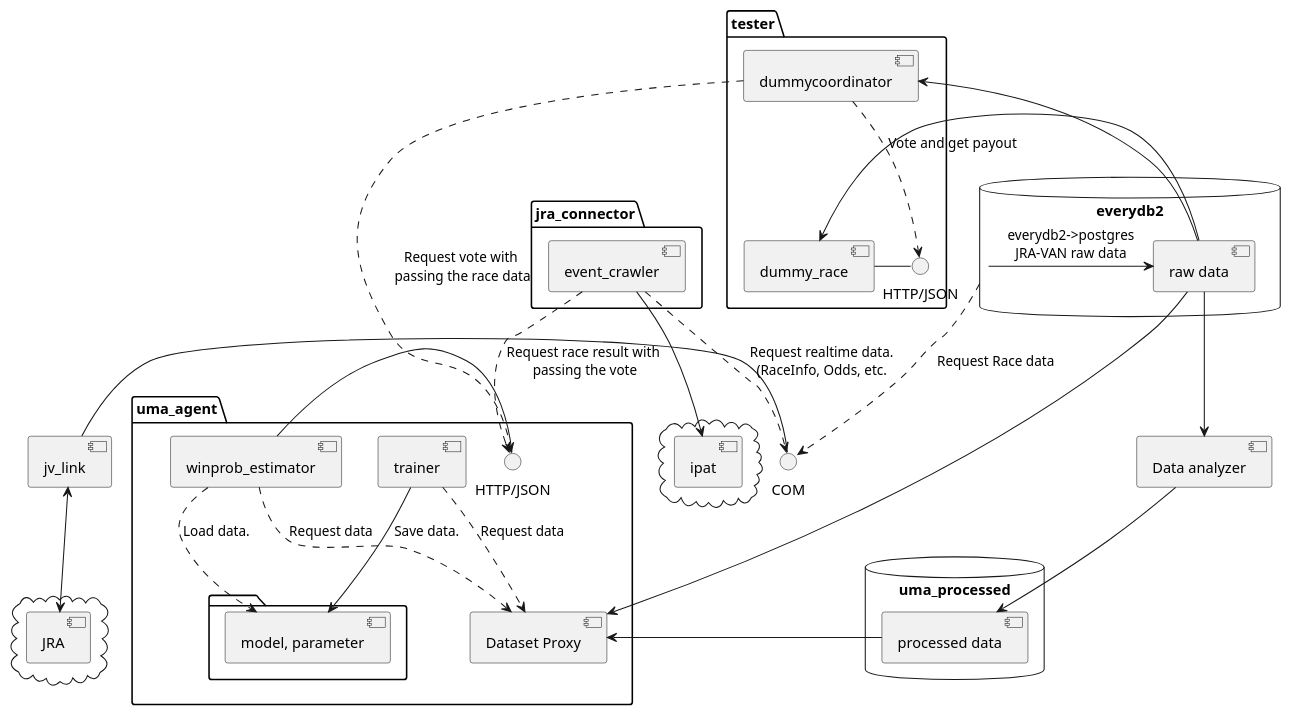
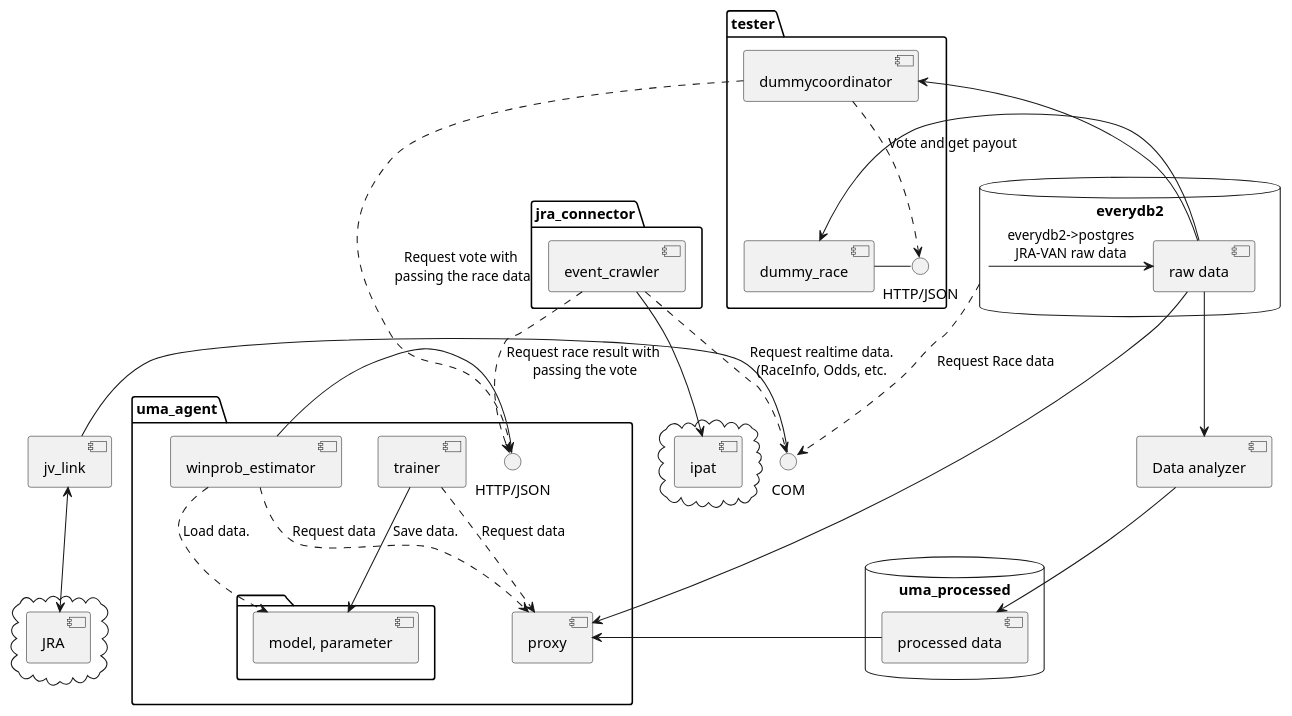
Before and after one commit to iwase22334/uma_document: the diagram in software_design/system_overview.md, drawn with PlantUML.

```diff
--- a/software_design/system_overview.md
+++ b/software_design/system_overview.md
@@ -1,70 +1,70 @@
 @startuml
 
 database "everydb2" {
     component "raw data" as rawdata 
 }
 
 database "uma_processed" {
     component "processed data" as processeddata 
 }
 
 interface "COM" as jv_link_if
 [jv_link] - jv_link_if 
 
 [everydb2] ..> jv_link_if : "Request Race data"
 [everydb2] -> [rawdata] : "everydb2->postgres\nJRA-VAN raw data"
 
 package "jra_connector" {
     [event_crawler] ..> jv_link_if : "Request realtime data.\n(RaceInfo, Odds, etc."
 }
 
 package "uma_agent" {
-    component "Dataset Proxy" as proxy
+    component "proxy" as proxy
 
     interface "HTTP/JSON" as agent_if
 
     folder {
         component "model, parameter" as model
     }
 
     [trainer] --> [model] : Save data.
 
     [trainer] ..> [proxy] : Request data
     [winprob_estimator] ..> [proxy] : Request data
 
     [winprob_estimator] - agent_if 
     [winprob_estimator] ..> [model] : Load data.
 }
 
 package "tester" { 
     interface "HTTP/JSON" as simulator_if
     [dummy_race] - simulator_if
     [dummycoordinator]
     [dummycoordinator] ..> simulator_if : "Vote and get payout" 
     [dummy_race] <- [rawdata]
 }
 
 cloud {
     [ipat]
 }
 
 cloud {
     [JRA]
 }
 
 [jv_link] <--> [JRA]
 [event_crawler] ..> agent_if: "Request race result with\n passing the vote"
 [event_crawler] --> [ipat]
 
 [dummycoordinator] <- [rawdata]
 [dummycoordinator] ..> agent_if : "Request vote with\n passing the race data"
 
 [rawdata] -> [proxy]
 [processeddata] -> [proxy]
 
 component "Data analyzer" as dataanalyzer
 [rawdata] --> [dataanalyzer]
 [dataanalyzer] --> [processeddata]
 
 
 @enduml
```
